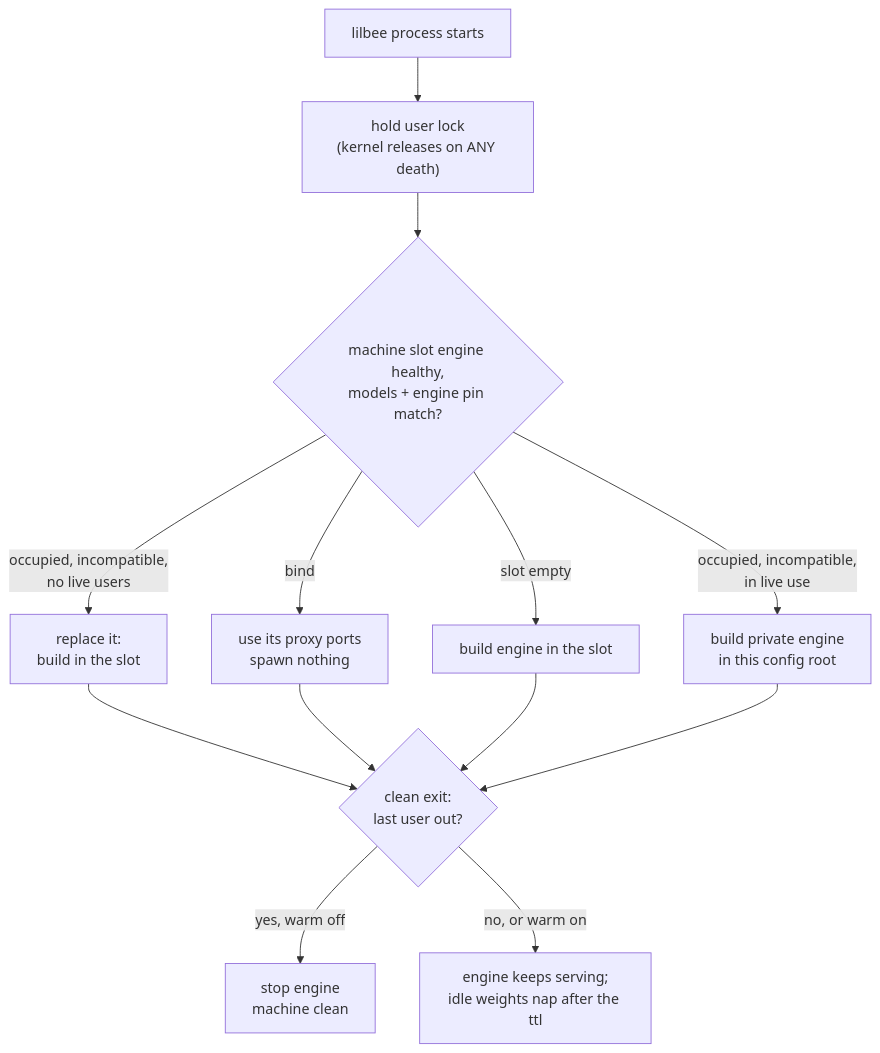
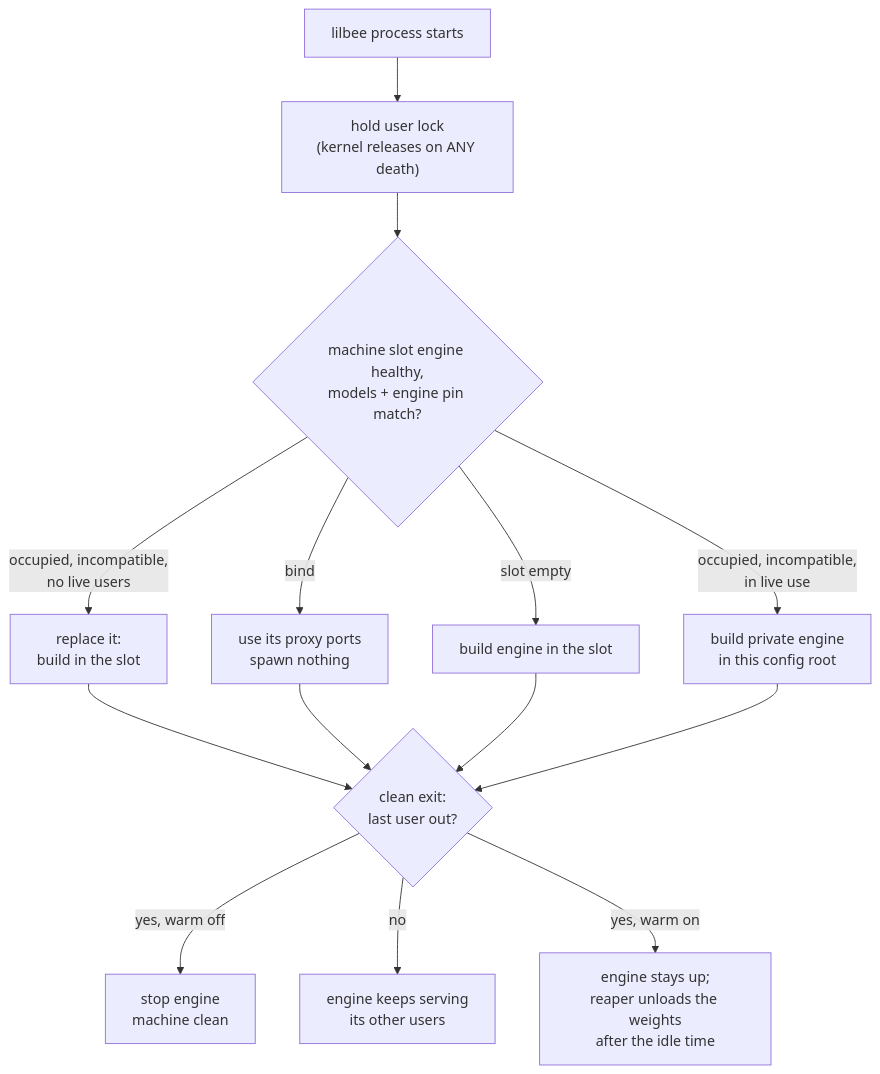
Diagram 11 of 15 in docs/architecture.md (tobocop2/lilbee), drawn with Mermaid before and after one commit. The commit also changed other lines of this file and 14 other files, not shown here.

First line of the commit message:
Keep warm weights loaded while lilbee runs

````diff
--- a/docs/architecture.md
+++ b/docs/architecture.md
@@ -1035,15 +1045,16 @@
 ```mermaid
 flowchart TD
     S["lilbee process starts"] --> L["hold user lock<br/>(kernel releases on ANY death)"]
     L --> Q{"machine slot engine healthy,<br/>models + engine pin match?"}
     Q -- bind --> B["use its proxy ports<br/>spawn nothing"]
     Q -- "slot empty" --> BU["build engine in the slot"]
     Q -- "occupied, incompatible,<br/>in live use" --> PR["build private engine<br/>in this config root"]
     Q -- "occupied, incompatible,<br/>no live users" --> RP["replace it:<br/>build in the slot"]
     RP --> X
     B --> X{"clean exit:<br/>last user out?"}
     BU --> X
     PR --> X
     X -- "yes, warm off" --> STOP["stop engine<br/>machine clean"]
-    X -- "no, or warm on" --> LEAVE["engine keeps serving;<br/>idle weights nap after the ttl"]
+    X -- "no" --> LEAVE["engine keeps serving<br/>its other users"]
+    X -- "yes, warm on" --> WARM["engine stays up;<br/>reaper unloads the weights<br/>after the idle time"]
 ```
````
